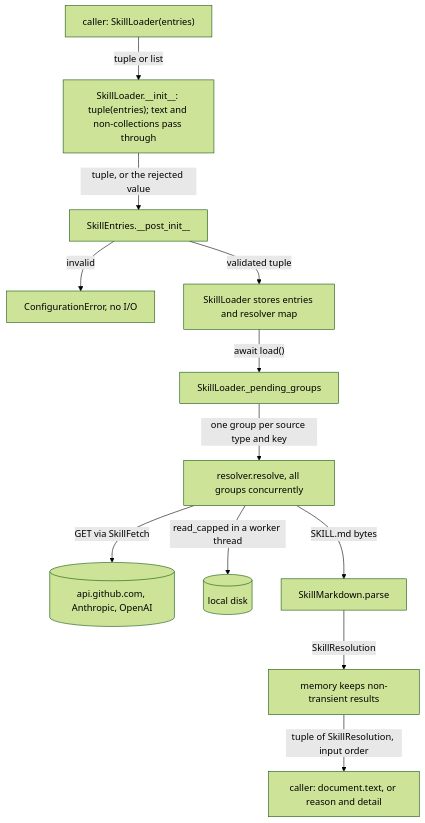
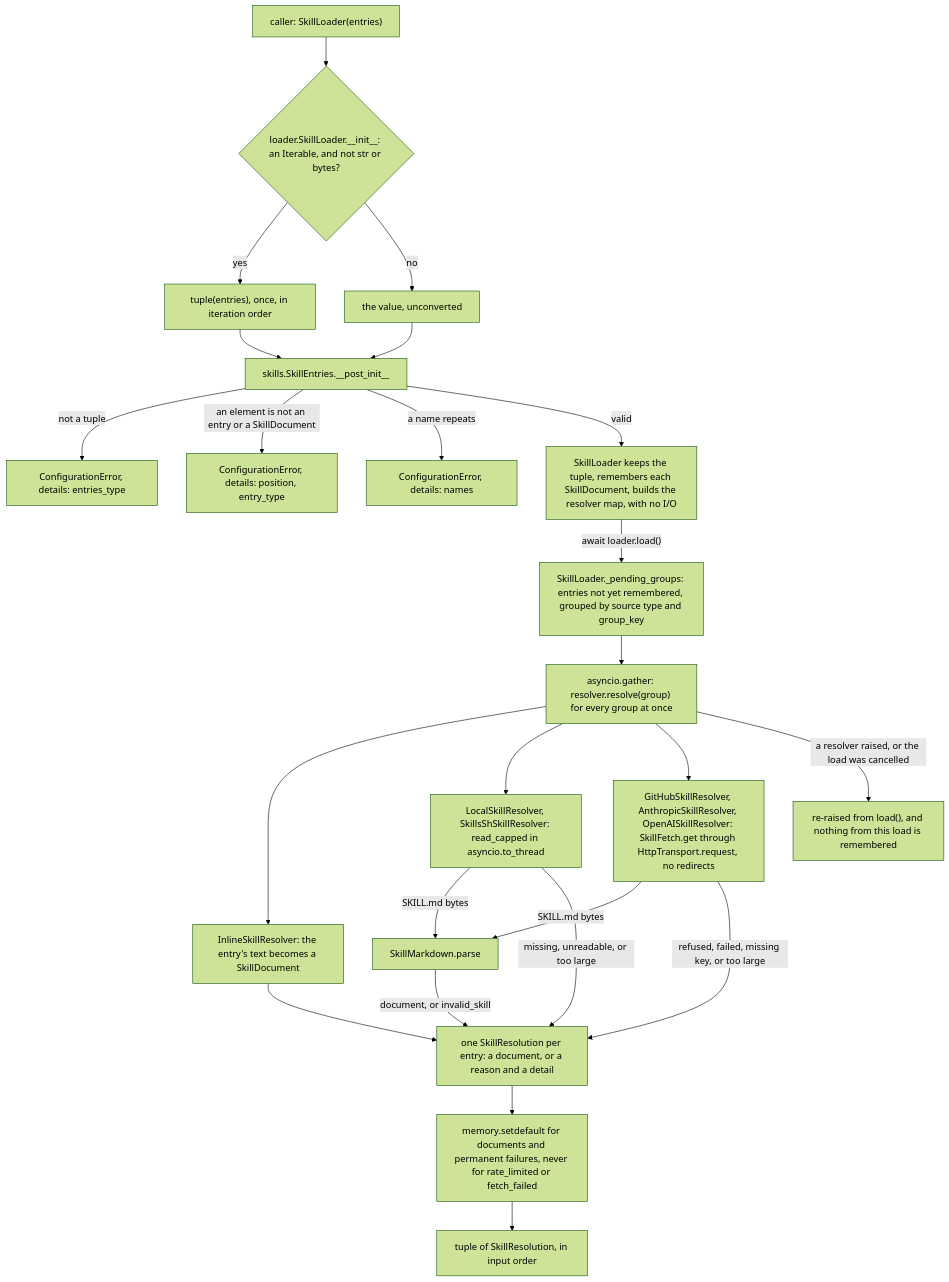
Before and after one commit to cerredz/Vidbyte-SDK: the first of 2 diagrams in docs/spec/public-skill-loader/spec.md, drawn with Mermaid (forest theme). The commit also changed other lines of this file and 1 other file, not shown here.

Commit message:
docs(spec): finalize public-skill-loader for PR
Add pr-body.md, the PR #1099 title and description derived from the shipped diff. Set the spec to status pr-open, replace the drifted §5 flowchart with the PR's, and record the S6 row in §17.

````diff
--- a/docs/spec/public-skill-loader/spec.md
+++ b/docs/spec/public-skill-loader/spec.md
@@ -130,14 +130,26 @@
 ```mermaid
 flowchart TD
-  A["caller: SkillLoader(entries)"] -->|"tuple or list"| T["SkillLoader.__init__: tuple(entries); text and non-collections pass through"]
-  T -->|"tuple, or the rejected value"| V["SkillEntries.__post_init__"]
-  V -->|invalid| X["ConfigurationError, no I/O"]
-  V -->|validated tuple| B["SkillLoader stores entries and resolver map"]
-  B -->|"await load()"| G["SkillLoader._pending_groups"]
-  G -->|"one group per source type and key"| R["resolver.resolve, all groups concurrently"]
-  R -->|"GET via SkillFetch"| N[("api.github.com, Anthropic, OpenAI")]
-  R -->|"read_capped in a worker thread"| D[("local disk")]
-  R -->|"SKILL.md bytes"| P["SkillMarkdown.parse"]
-  P -->|SkillResolution| M["memory keeps non-transient results"]
-  M -->|"tuple of SkillResolution, input order"| C["caller: document.text, or reason and detail"]
+  A["caller: SkillLoader(entries)"] --> B{"loader.SkillLoader.__init__: an Iterable, and not str or bytes?"}
+  B -->|yes| C["tuple(entries), once, in iteration order"]
+  B -->|no| D["the value, unconverted"]
+  C --> E["skills.SkillEntries.__post_init__"]
+  D --> E
+  E -->|"not a tuple"| ERR1["ConfigurationError, details: entries_type"]
+  E -->|"an element is not an entry or a SkillDocument"| ERR2["ConfigurationError, details: position, entry_type"]
+  E -->|"a name repeats"| ERR3["ConfigurationError, details: names"]
+  E -->|valid| F["SkillLoader keeps the tuple, remembers each SkillDocument, builds the resolver map, with no I/O"]
+  F -->|"await loader.load()"| G["SkillLoader._pending_groups: entries not yet remembered, grouped by source type and group_key"]
+  G --> H["asyncio.gather: resolver.resolve(group) for every group at once"]
+  H --> R1["InlineSkillResolver: the entry's text becomes a SkillDocument"]
+  H --> R2["LocalSkillResolver, SkillsShSkillResolver: read_capped in asyncio.to_thread"]
+  H --> R3["GitHubSkillResolver, AnthropicSkillResolver, OpenAISkillResolver: SkillFetch.get through HttpTransport.request, no redirects"]
+  R2 -->|"SKILL.md bytes"| P["SkillMarkdown.parse"]
+  R3 -->|"SKILL.md bytes"| P
+  R2 -->|"missing, unreadable, or too large"| S
+  R3 -->|"refused, failed, missing key, or too large"| S
+  R1 --> S["one SkillResolution per entry: a document, or a reason and a detail"]
+  P -->|"document, or invalid_skill"| S
+  H -->|"a resolver raised, or the load was cancelled"| Z["re-raised from load(), and nothing from this load is remembered"]
+  S --> M["memory.setdefault for documents and permanent failures, never for rate_limited or fetch_failed"]
+  M --> DONE["tuple of SkillResolution, in input order"]
 ```
````
